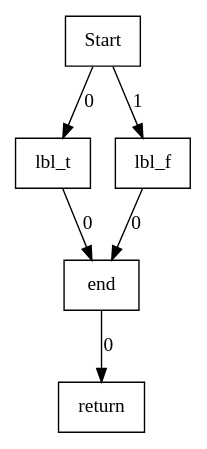
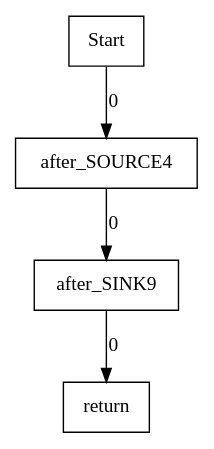
The diagram in main.dot (LandonPyko/SoftwareSecurity), drawn with Graphviz before and after one commit. The commit also changed 4 other files, not shown here.

Commit message:
Working on flow detection

```diff
--- a/main.dot
+++ b/main.dot
@@ -1,12 +1,9 @@
 digraph{
 	Start [shape=record,label=Start]
-	Start -> lbl_t[label=0]
-	Start -> lbl_f[label=1]
-	lbl_t [shape=record,label=lbl_t]
-	lbl_t -> end[label=0]
-	lbl_f [shape=record,label=lbl_f]
-	lbl_f -> end[label=0]
-	end [shape=record,label=end]
-	end -> return[label=0]
+	Start -> after_SOURCE4[label=0]
+	after_SOURCE4 [shape=record,label=after_SOURCE4]
+	after_SOURCE4 -> after_SINK9[label=0]
+	after_SINK9 [shape=record,label=after_SINK9]
+	after_SINK9 -> return[label=0]
 	return [shape=record,label=return]
 }
```
